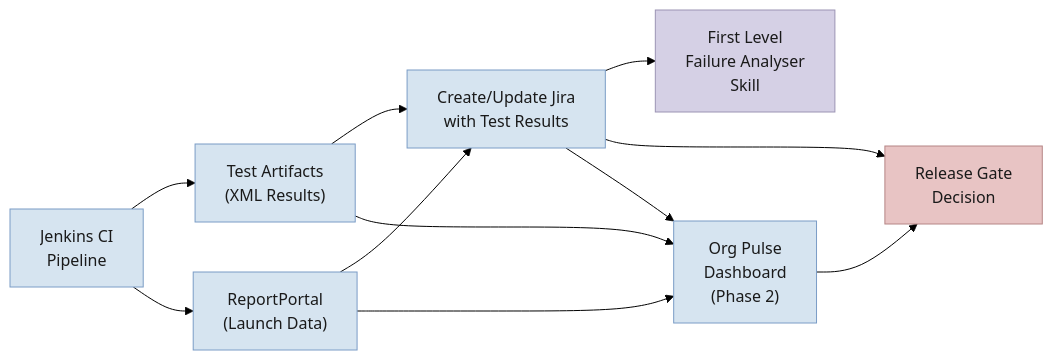
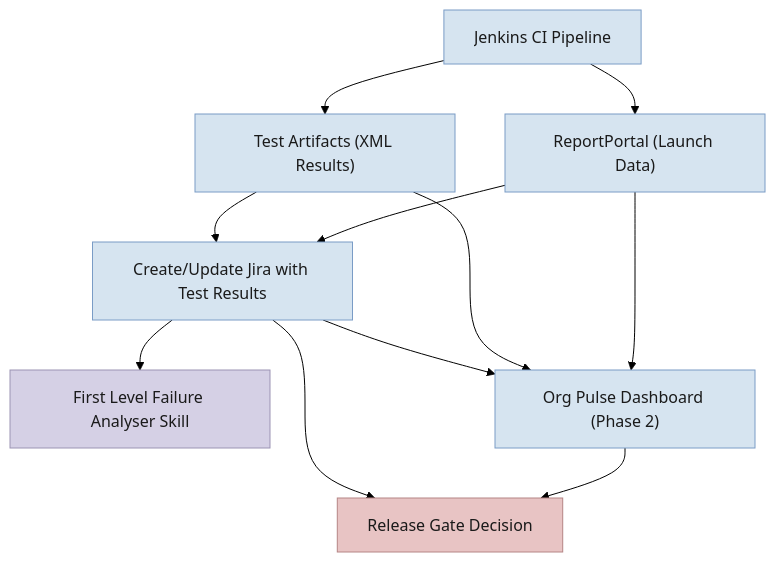
Before and after one commit to aloganat/odh-konflux-central: the first of 2 diagrams in release-gates/docs/test-blocker-jira-lifecycle-design.md, drawn with Mermaid (forest theme).

Commit message:
Fix system architecture diagram layout for cleaner arrows
Switch from left-to-right to top-down layout to reduce arrow crossings.

````diff
--- a/release-gates/docs/test-blocker-jira-lifecycle-design.md
+++ b/release-gates/docs/test-blocker-jira-lifecycle-design.md
@@ -45,21 +45,29 @@
 ```mermaid
-flowchart LR
-    A["Jenkins CI\nPipeline"] --> B["Test Artifacts\n(XML Results)"]
-    A --> C["ReportPortal\n(Launch Data)"]
-    B --> D["Create/Update Jira\nwith Test Results"]
+flowchart TD
+    A["Jenkins CI Pipeline"]
+    B["Test Artifacts (XML Results)"]
+    C["ReportPortal (Launch Data)"]
+    D["Create/Update Jira with Test Results"]
+    E["First Level Failure Analyser Skill"]
+    H["Org Pulse Dashboard (Phase 2)"]
+    G["Release Gate Decision"]
+
+    A --> B
+    A --> C
+    B --> D
     C --> D
-    D --> E["First Level\nFailure Analyser\nSkill"]
-    D --> G["Release Gate\nDecision"]
-    B --> H["Org Pulse\nDashboard\n(Phase 2)"]
+    D --> E
+    D --> H
+    B --> H
     C --> H
-    D --> H
+    D --> G
     H --> G
 
     style A fill:#D6E4F0,stroke:#7A9CC6,color:#1a1a1a
     style B fill:#D6E4F0,stroke:#7A9CC6,color:#1a1a1a
     style C fill:#D6E4F0,stroke:#7A9CC6,color:#1a1a1a
     style D fill:#D6E4F0,stroke:#7A9CC6,color:#1a1a1a
     style E fill:#D5D0E5,stroke:#9B93B3,color:#1a1a1a
     style G fill:#E8C4C4,stroke:#B58585,color:#1a1a1a
     style H fill:#D6E4F0,stroke:#7A9CC6,color:#1a1a1a
 ```
````
